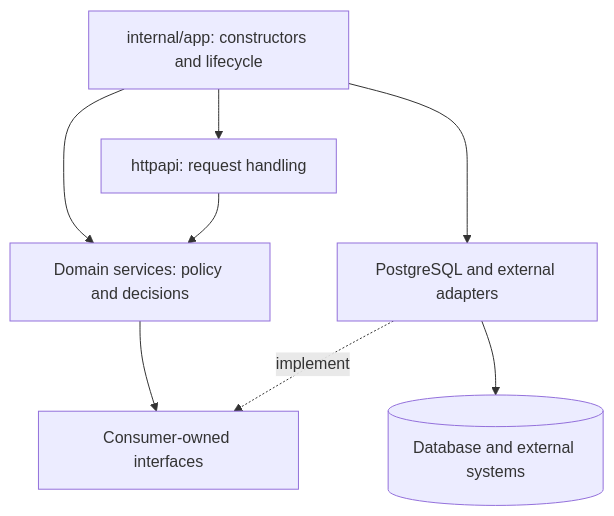
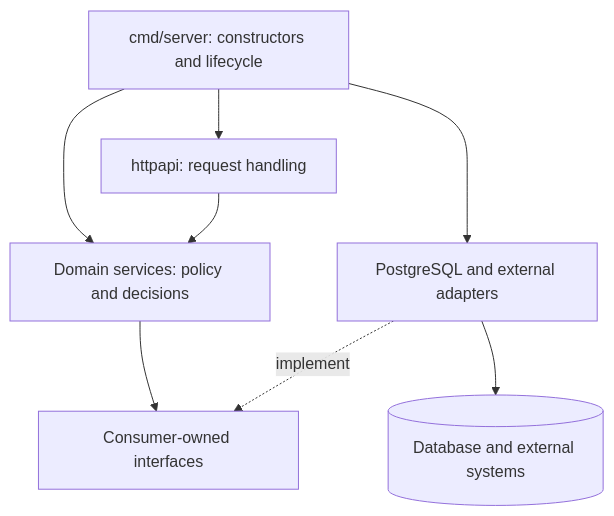
Before and after one commit to josemiguelmelo/orkest: the second of 3 diagrams in docs/architecture.md, drawn with Mermaid. The commit also changed other lines of this file and 605 other files, not shown here.

Commit message:
refactor(go): reorganize application architecture (#70)

````diff
--- a/docs/architecture.md
+++ b/docs/architecture.md
@@ -41,10 +44,10 @@
 ```mermaid
 flowchart TD
-    Wiring[internal/app: constructors and lifecycle] --> HTTP[httpapi: request handling]
+    Wiring[cmd/server: constructors and lifecycle] --> HTTP[httpapi: request handling]
     Wiring --> Services[Domain services: policy and decisions]
     Wiring --> Adapters[PostgreSQL and external adapters]
     HTTP --> Services
     Services --> Contracts[Consumer-owned interfaces]
     Adapters -. implement .-> Contracts
     Adapters --> External[(Database and external systems)]
 ```
````
